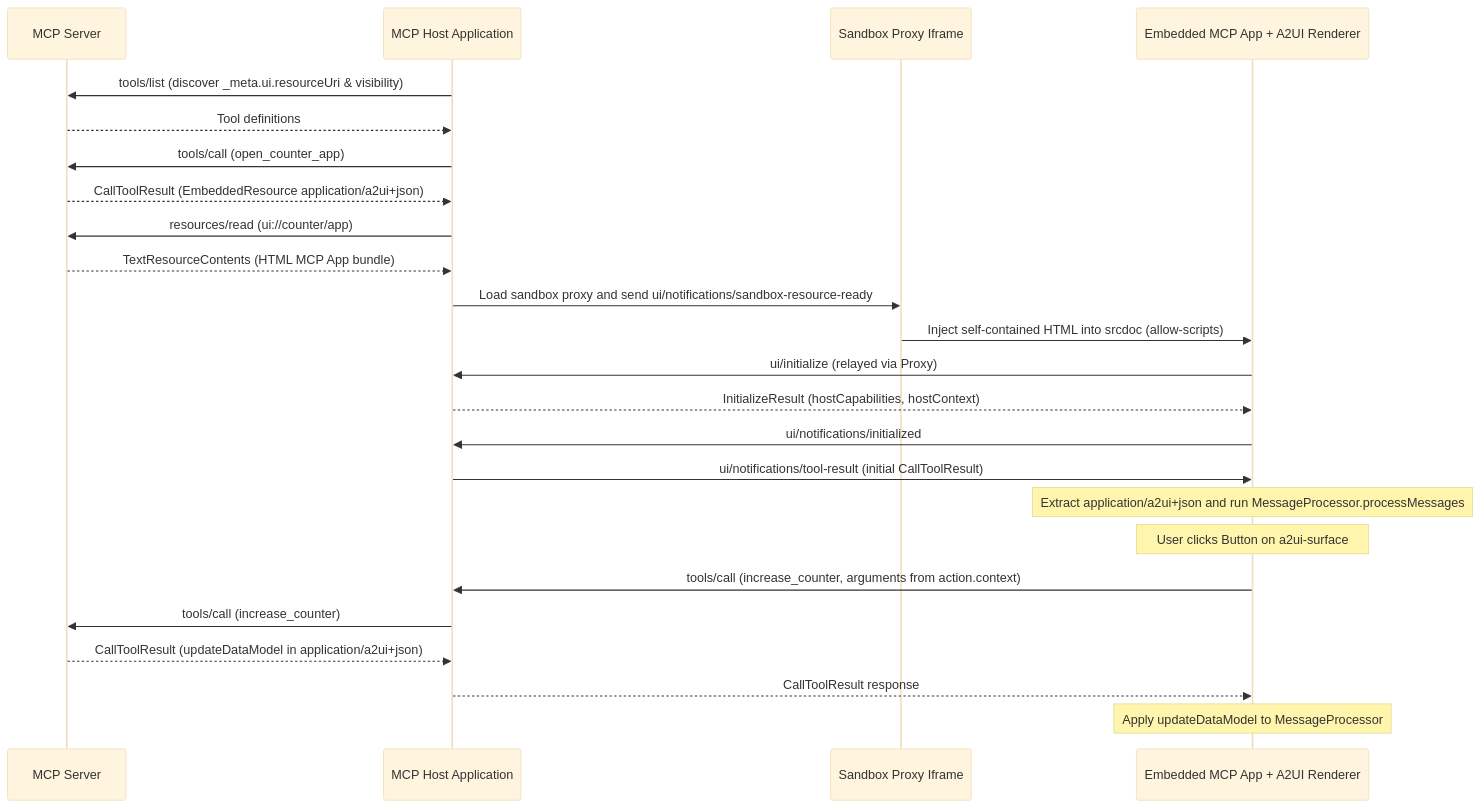
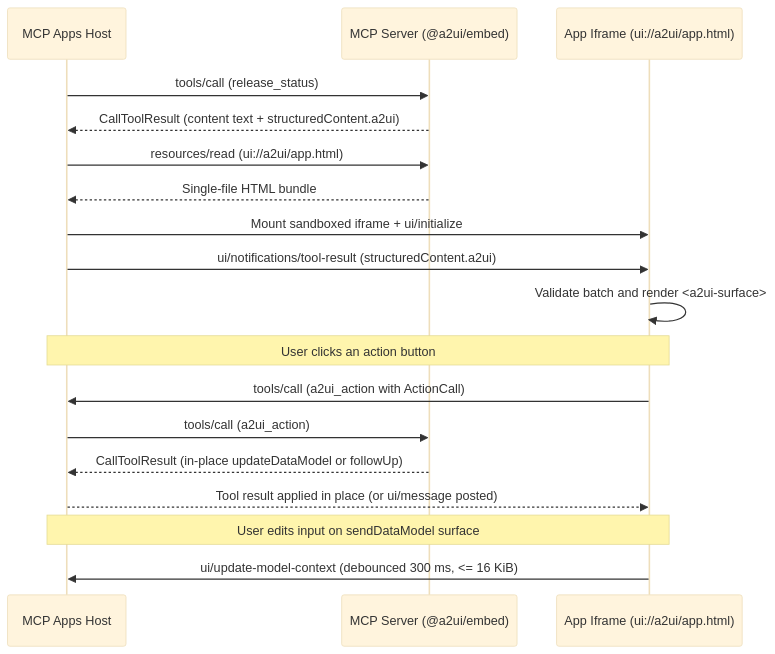
Before and after one commit to a2ui-project/a2ui: the diagram in docs/site/src/content/docs/guides/a2ui-in-mcp-apps.mdx, drawn with Mermaid (base theme). The commit also changed other lines of this file and 3 other files, not shown here.

Commit message:
docs(site): document @a2ui/embed in the MCP Apps guide

````diff
--- a/docs/site/src/content/docs/guides/a2ui-in-mcp-apps.mdx
+++ b/docs/site/src/content/docs/guides/a2ui-in-mcp-apps.mdx
@@ -116,27 +754,21 @@
 ```mermaid
 sequenceDiagram
-  participant Server as MCP Server
-  participant Host as MCP Host Application
-  participant Proxy as Sandbox Proxy Iframe
-  participant App as Embedded MCP App + A2UI Renderer
+    participant Host as MCP Apps Host
+    participant Server as MCP Server (@a2ui/embed)
+    participant App as App Iframe (ui://a2ui/app.html)
 
-  Host->>Server: tools/list (discover _meta.ui.resourceUri & visibility)
-  Server-->>Host: Tool definitions
-  Host->>Server: tools/call (open_counter_app)
-  Server-->>Host: CallToolResult (EmbeddedResource application/a2ui+json)
-  Host->>Server: resources/read (ui://counter/app)
-  Server-->>Host: TextResourceContents (HTML MCP App bundle)
-  Host->>Proxy: Load sandbox proxy and send ui/notifications/sandbox-resource-ready
-  Proxy->>App: Inject self-contained HTML into srcdoc (allow-scripts)
-  App->>Host: ui/initialize (relayed via Proxy)
-  Host-->>App: InitializeResult (hostCapabilities, hostContext)
-  App->>Host: ui/notifications/initialized
-  Host->>App: ui/notifications/tool-result (initial CallToolResult)
-  Note over App: Extract application/a2ui+json and run MessageProcessor.processMessages
-  Note over App: User clicks Button on a2ui-surface
-  App->>Host: tools/call (increase_counter, arguments from action.context)
-  Host->>Server: tools/call (increase_counter)
-  Server-->>Host: CallToolResult (updateDataModel in application/a2ui+json)
-  Host-->>App: CallToolResult response
-  Note over App: Apply updateDataModel to MessageProcessor
+    Host->>Server: tools/call (release_status)
+    Server-->>Host: CallToolResult (content text + structuredContent.a2ui)
+    Host->>Server: resources/read (ui://a2ui/app.html)
+    Server-->>Host: Single-file HTML bundle
+    Host->>App: Mount sandboxed iframe + ui/initialize
+    Host->>App: ui/notifications/tool-result (structuredContent.a2ui)
+    App->>App: Validate batch and render <a2ui-surface>
+    Note over App,Host: User clicks an action button
+    App->>Host: tools/call (a2ui_action with ActionCall)
+    Host->>Server: tools/call (a2ui_action)
+    Server-->>Host: CallToolResult (in-place updateDataModel or followUp)
+    Host-->>App: Tool result applied in place (or ui/message posted)
+    Note over App,Host: User edits input on sendDataModel surface
+    App->>Host: ui/update-model-context (debounced 300 ms, <= 16 KiB)
 ```
````
